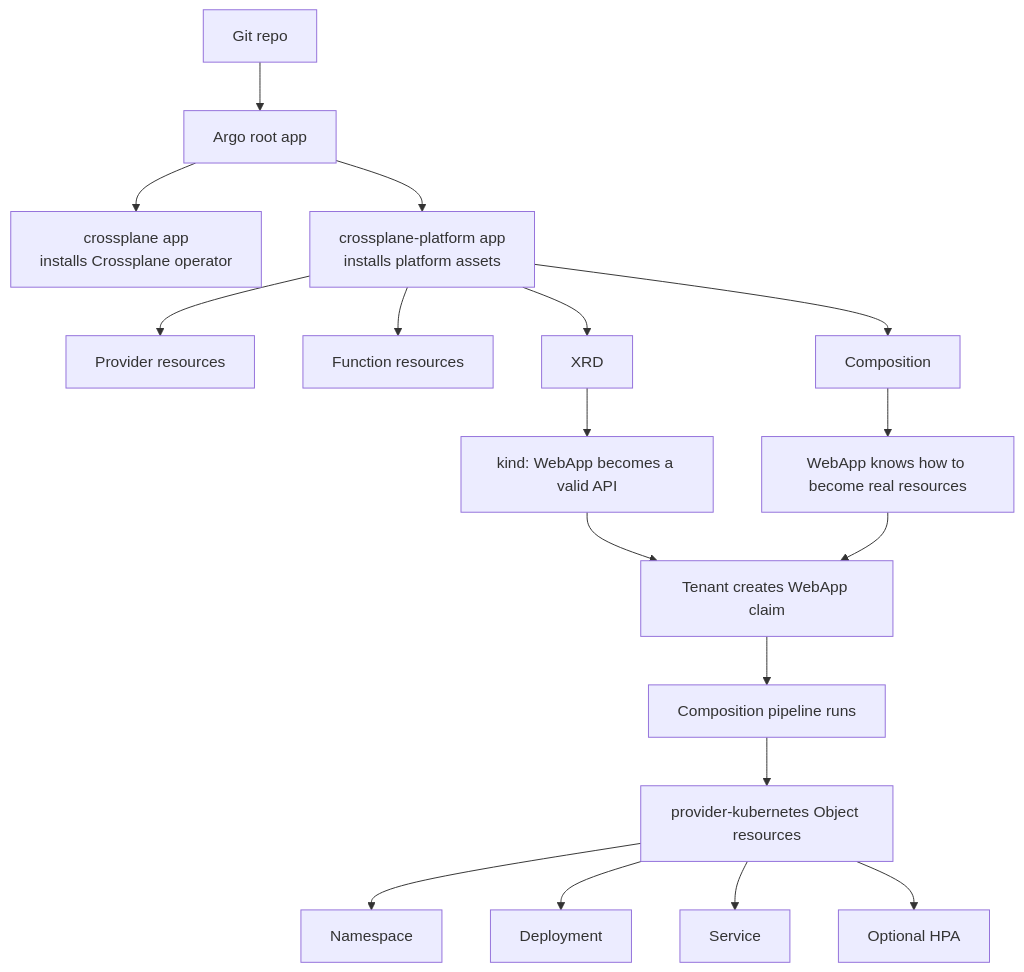
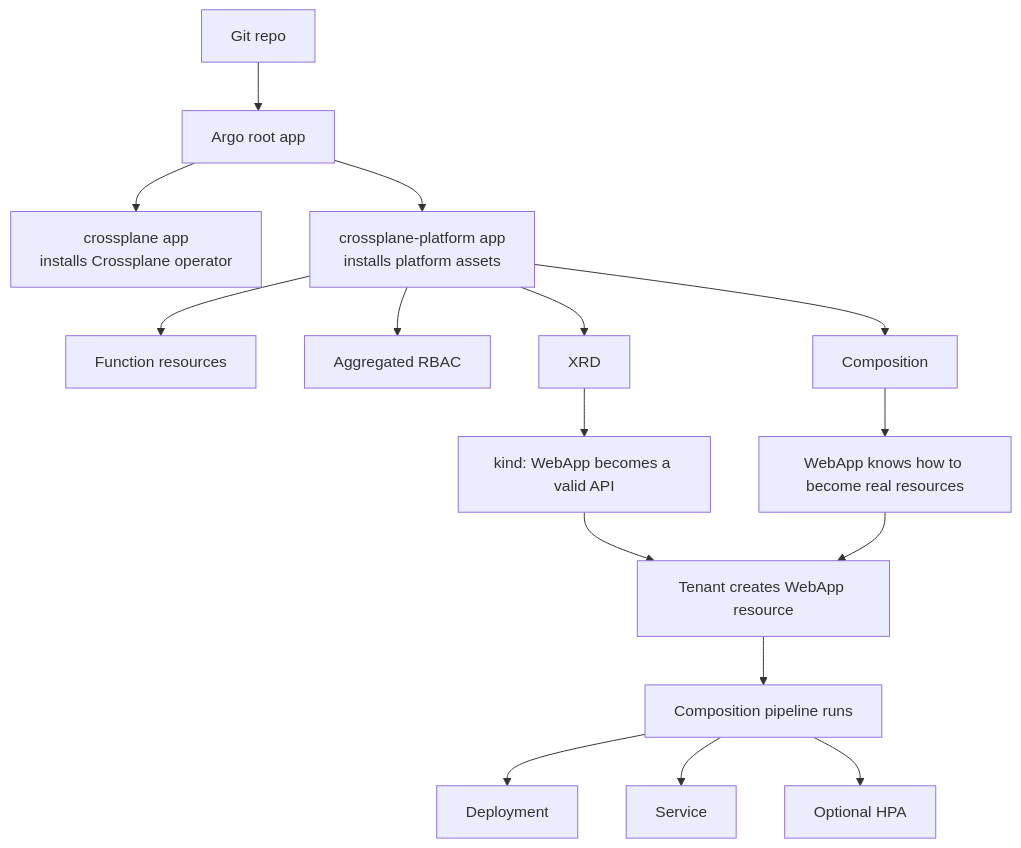
One commit to RizaSatya/homelab changed the first of 7 diagrams in docs/2026-04-04-crossplane-resources-explained.md. Above: the diagram before and after it, drawn with Mermaid. The commit also changed other lines of this file and 16 other files, not shown here.

````diff
--- a/docs/2026-04-04-crossplane-resources-explained.md
+++ b/docs/2026-04-04-crossplane-resources-explained.md
@@ -20,24 +21,22 @@
 ```mermaid
 flowchart TD
   A["Git repo"] --> B["Argo root app"]
   B --> C["crossplane app<br/>installs Crossplane operator"]
   B --> D["crossplane-platform app<br/>installs platform assets"]
 
-  D --> E["Provider resources"]
-  D --> F["Function resources"]
+  D --> E["Function resources"]
+  D --> F["Aggregated RBAC"]
   D --> G["XRD"]
   D --> H["Composition"]
 
   G --> I["kind: WebApp becomes a valid API"]
   H --> J["WebApp knows how to become real resources"]
 
-  I --> K["Tenant creates WebApp claim"]
+  I --> K["Tenant creates WebApp resource"]
   J --> K
 
   K --> L["Composition pipeline runs"]
-  L --> M["provider-kubernetes Object resources"]
-  M --> N["Namespace"]
-  M --> O["Deployment"]
-  M --> P["Service"]
-  M --> Q["Optional HPA"]
+  L --> M["Deployment"]
+  L --> N["Service"]
+  L --> O["Optional HPA"]
 ```
````
